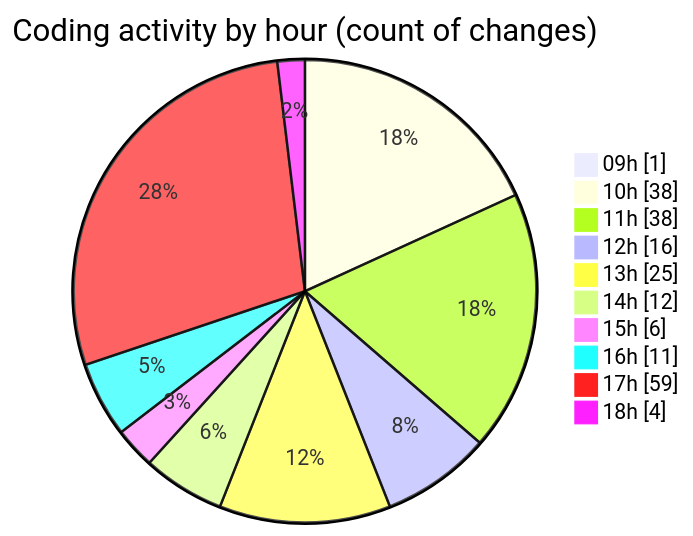
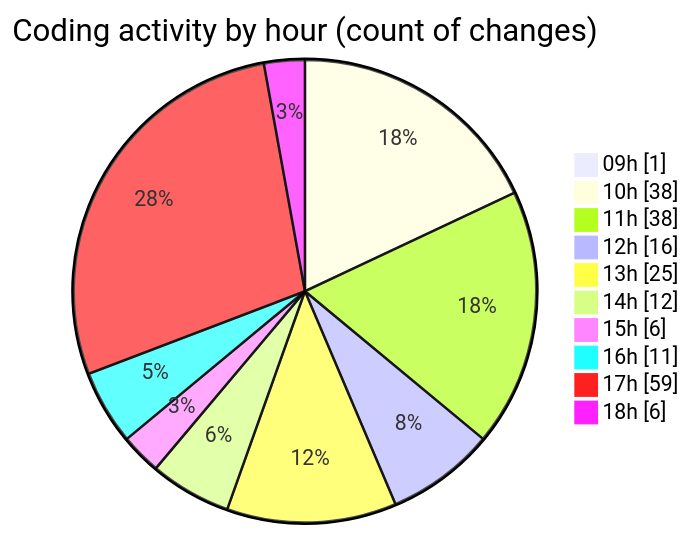
The second of 2 diagrams in 2026-01-07/cda/README.md (momahboobian/code-tracking), drawn with Mermaid before and after one commit. The commit also changed other lines of this file and 1 other file, not shown here.

````diff
--- a/2026-01-07/cda/README.md
+++ b/2026-01-07/cda/README.md
@@ -62,14 +62,14 @@
 ```mermaid
 pie showData
 title Coding activity by hour (count of changes)
 "09h" : 1
 "10h" : 38
 "11h" : 38
 "12h" : 16
 "13h" : 25
 "14h" : 12
 "15h" : 6
 "16h" : 11
 "17h" : 59
-"18h" : 4
+"18h" : 6
 ```
````
